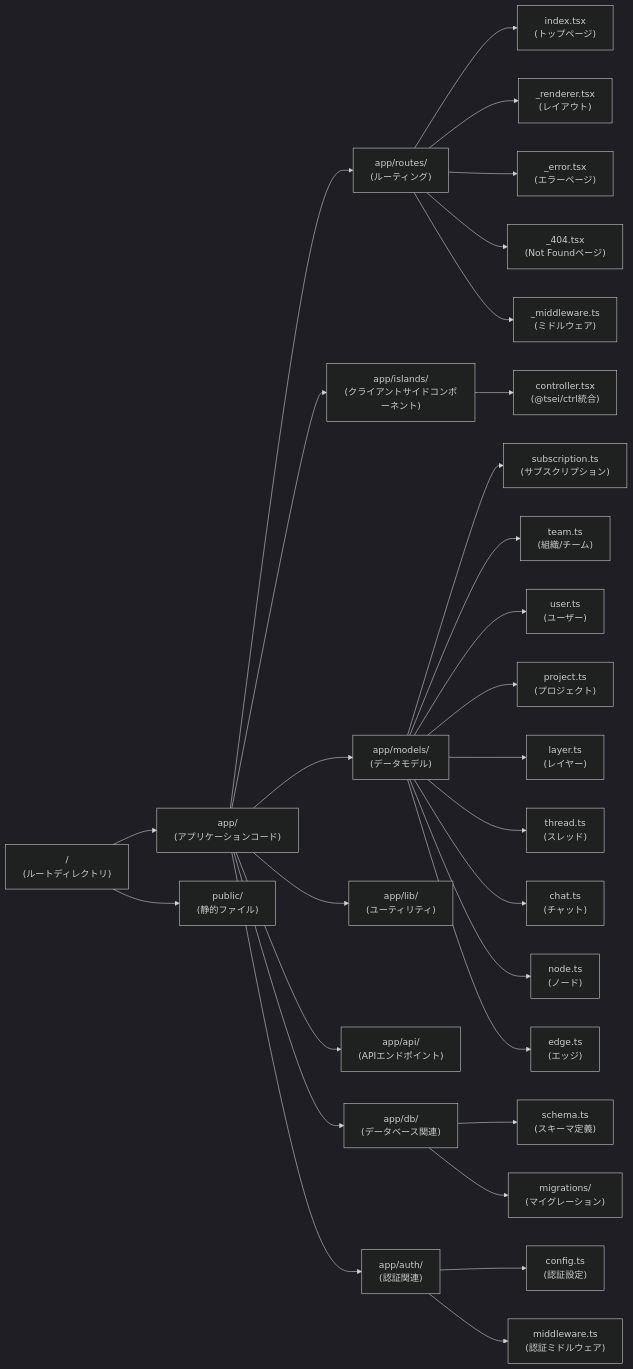
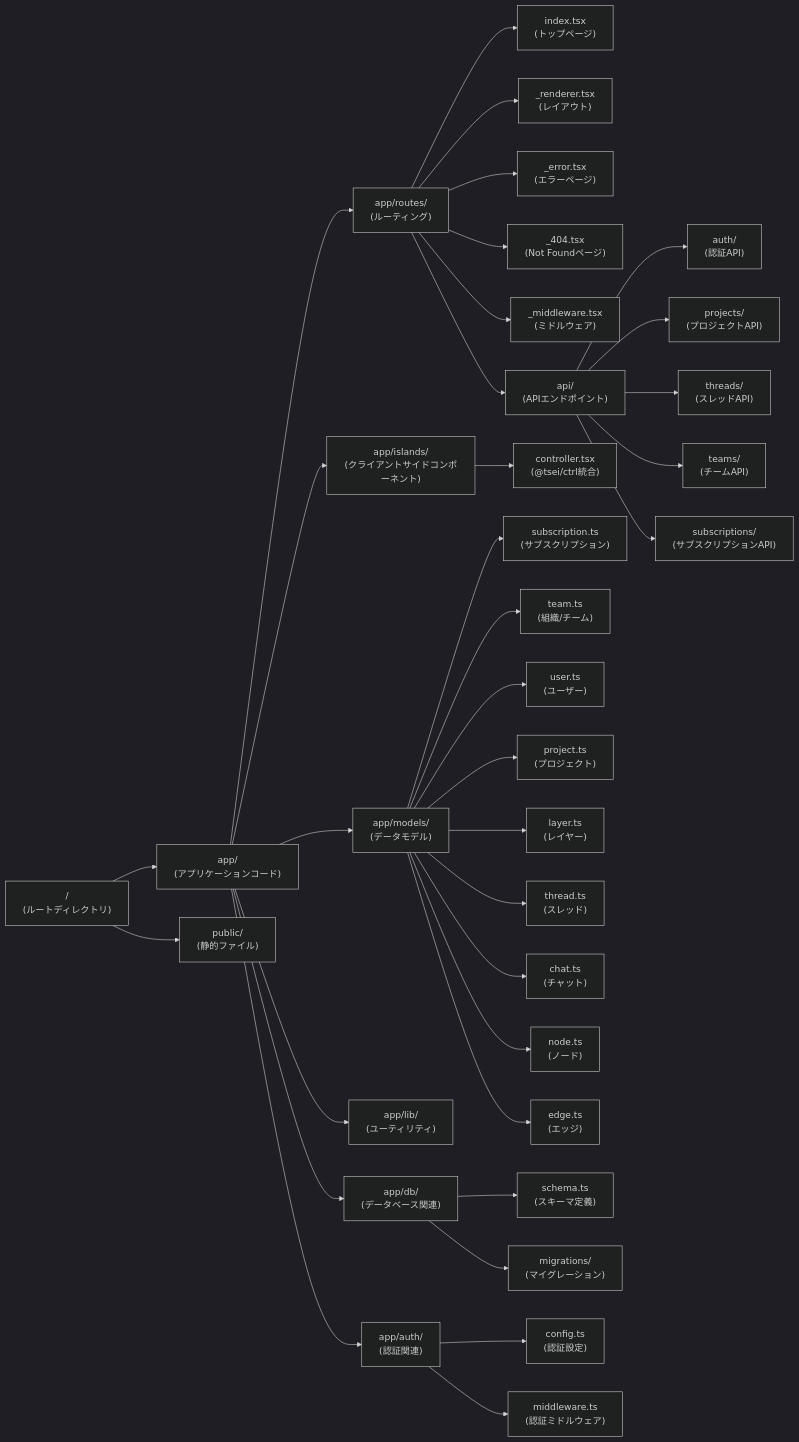
The first of 5 diagrams in examples/hono/README.md (tseijp/ctrl), drawn with Mermaid (dark theme) before and after one commit. The commit also changed other lines of this file and 51 other files, not shown here.

````diff
--- a/examples/hono/README.md
+++ b/examples/hono/README.md
@@ -5,48 +5,53 @@
 ```mermaid
 graph LR
     Root["/<br/>(ルートディレクトリ)"]
     App["app/<br/>(アプリケーションコード)"]
     Routes["app/routes/<br/>(ルーティング)"]
     Islands["app/islands/<br/>(クライアントサイドコンポーネント)"]
     Models["app/models/<br/>(データモデル)"]
     Lib["app/lib/<br/>(ユーティリティ)"]
-    API["app/api/<br/>(APIエンドポイント)"]
     DB["app/db/<br/>(データベース関連)"]
     Auth["app/auth/<br/>(認証関連)"]
     Public["public/<br/>(静的ファイル)"]
 
     Root --> App
     Root --> Public
 
     App --> Routes
     App --> Islands
     App --> Models
     App --> Lib
-    App --> API
     App --> DB
     App --> Auth
 
     Routes --> RouteIndex["index.tsx<br/>(トップページ)"]
     Routes --> RouteRenderer["_renderer.tsx<br/>(レイアウト)"]
     Routes --> RouteError["_error.tsx<br/>(エラーページ)"]
     Routes --> Route404["_404.tsx<br/>(Not Foundページ)"]
-    Routes --> RouteMiddleware["_middleware.ts<br/>(ミドルウェア)"]
+    Routes --> RouteMiddleware["_middleware.tsx<br/>(ミドルウェア)"]
+    Routes --> RouteAPI["api/<br/>(APIエンドポイント)"]
+
+    RouteAPI --> APIAuth["auth/<br/>(認証API)"]
+    RouteAPI --> APIProjects["projects/<br/>(プロジェクトAPI)"]
+    RouteAPI --> APIThreads["threads/<br/>(スレッドAPI)"]
+    RouteAPI --> APITeams["teams/<br/>(チームAPI)"]
+    RouteAPI --> APISubscriptions["subscriptions/<br/>(サブスクリプションAPI)"]
 
     Islands --> IslandController["controller.tsx<br/>(@tsei/ctrl統合)"]
 
     Models --> ModelSubscription["subscription.ts<br/>(サブスクリプション)"]
     Models --> ModelTeam["team.ts<br/>(組織/チーム)"]
     Models --> ModelUser["user.ts<br/>(ユーザー)"]
     Models --> ModelProject["project.ts<br/>(プロジェクト)"]
     Models --> ModelLayer["layer.ts<br/>(レイヤー)"]
     Models --> ModelThread["thread.ts<br/>(スレッド)"]
     Models --> ModelChat["chat.ts<br/>(チャット)"]
     Models --> ModelNode["node.ts<br/>(ノード)"]
     Models --> ModelEdge["edge.ts<br/>(エッジ)"]
 
     DB --> DBSchema["schema.ts<br/>(スキーマ定義)"]
     DB --> DBMigrations["migrations/<br/>(マイグレーション)"]
 
     Auth --> AuthConfig["config.ts<br/>(認証設定)"]
     Auth --> AuthMiddleware["middleware.ts<br/>(認証ミドルウェア)"]
 ```
````
